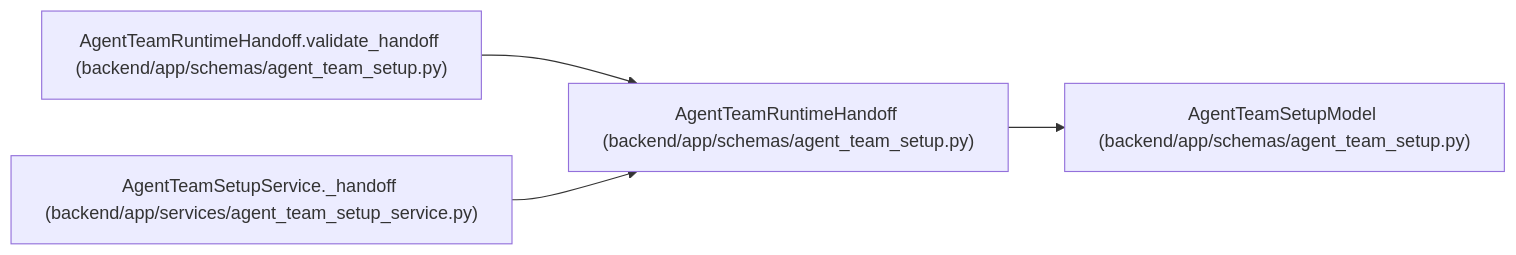
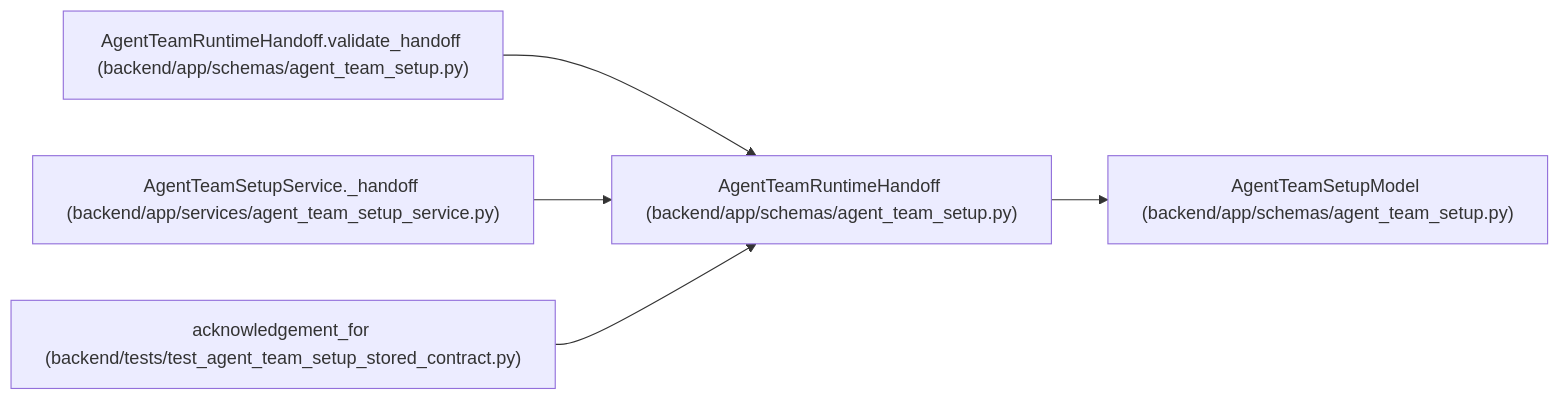
The diagram in docs/llm_wiki/entities/agent_team_setup_AgentTeamRuntimeHandoff.md (Denissvgn/WorkChord), drawn with Mermaid before and after one commit. The commit also changed other lines of this file and 829 other files, not shown here.

Commit message:
docs(wiki): refresh for team contracts stored under earlier role rules

````diff
--- a/docs/llm_wiki/entities/agent_team_setup_AgentTeamRuntimeHandoff.md
+++ b/docs/llm_wiki/entities/agent_team_setup_AgentTeamRuntimeHandoff.md
@@ -48,14 +48,17 @@
 ```mermaid
 flowchart LR
     n0["AgentTeamRuntimeHandoff (backend/app/schemas/agent_team_setup.py)"]
     n1["AgentTeamSetupModel (backend/app/schemas/agent_team_setup.py)"]
     n2["AgentTeamRuntimeHandoff.validate_handoff (backend/app/schemas/agent_team_setup.py)"]
     n3["AgentTeamSetupService._handoff (backend/app/services/agent_team_setup_service.py)"]
+    n4["acknowledgement_for (backend/tests/test_agent_team_setup_stored_contract.py)"]
     n0 --> n1
     n2 --> n0
     n3 --> n0
+    n4 --> n0
     click n0 "../modules/agent_team_setup.md"
     click n1 "../modules/agent_team_setup.md"
     click n2 "../modules/agent_team_setup.md"
     click n3 "../modules/agent_team_setup_service.md"
+    click n4 "../modules/test_agent_team_setup_stored_contract.md"
 ```
````
